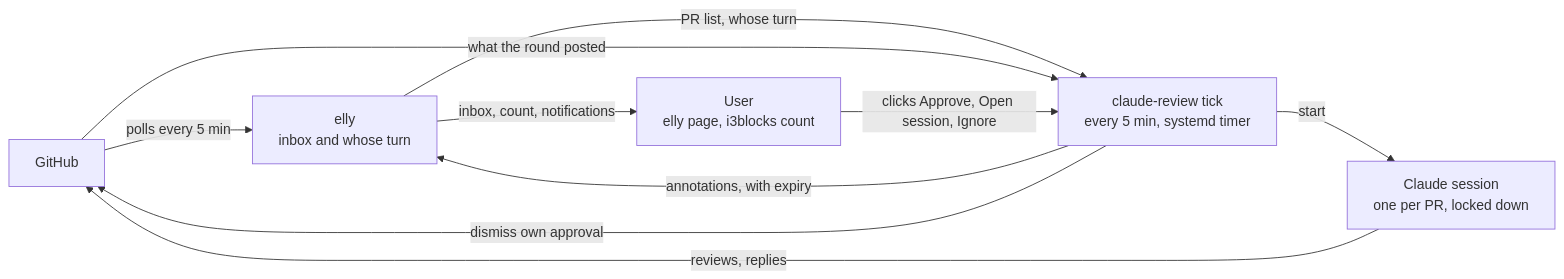
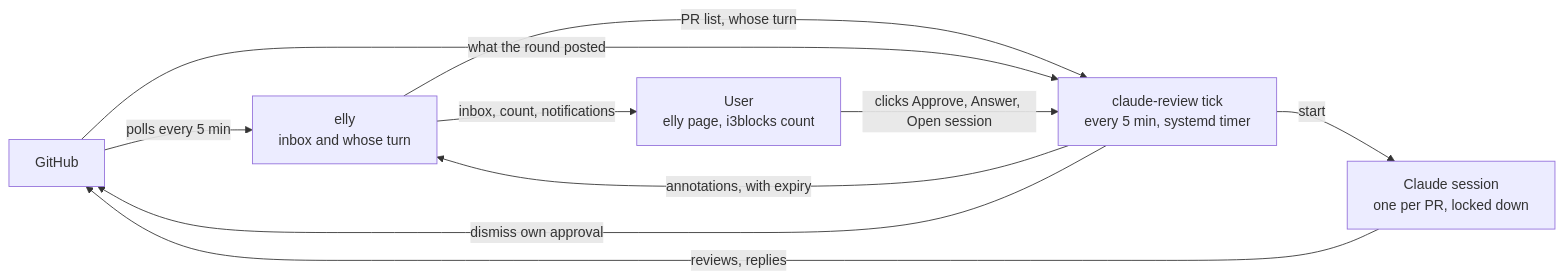
Before and after one commit to chelmertz/dotfiles: the third of 3 diagrams in claude-review/README.md, drawn with Mermaid. The commit also changed other lines of this file and 23 other files, not shown here.

First line of the commit message:
claude-review: tick, clicks and verbs run on the PR state

````diff
--- a/claude-review/README.md
+++ b/claude-review/README.md
@@ -626,18 +628,18 @@
 ```mermaid
 flowchart LR
     gh[GitHub]
     elly["elly<br/>inbox and whose turn"]
     tick["claude-review tick<br/>every 5 min, systemd timer"]
     session["Claude session<br/>one per PR, locked down"]
     user["User<br/>elly page, i3blocks count"]
 
     gh -- polls every 5 min --> elly
     elly -- PR list, whose turn --> tick
     tick -- annotations, with expiry --> elly
     tick -- start --> session
     session -- reviews, replies --> gh
     gh -- what the round posted --> tick
     tick -- dismiss own approval --> gh
     elly -- inbox, count, notifications --> user
-    user -- clicks Approve, Open session, Ignore --> tick
+    user -- clicks Approve, Answer, Open session --> tick
 ```
````
